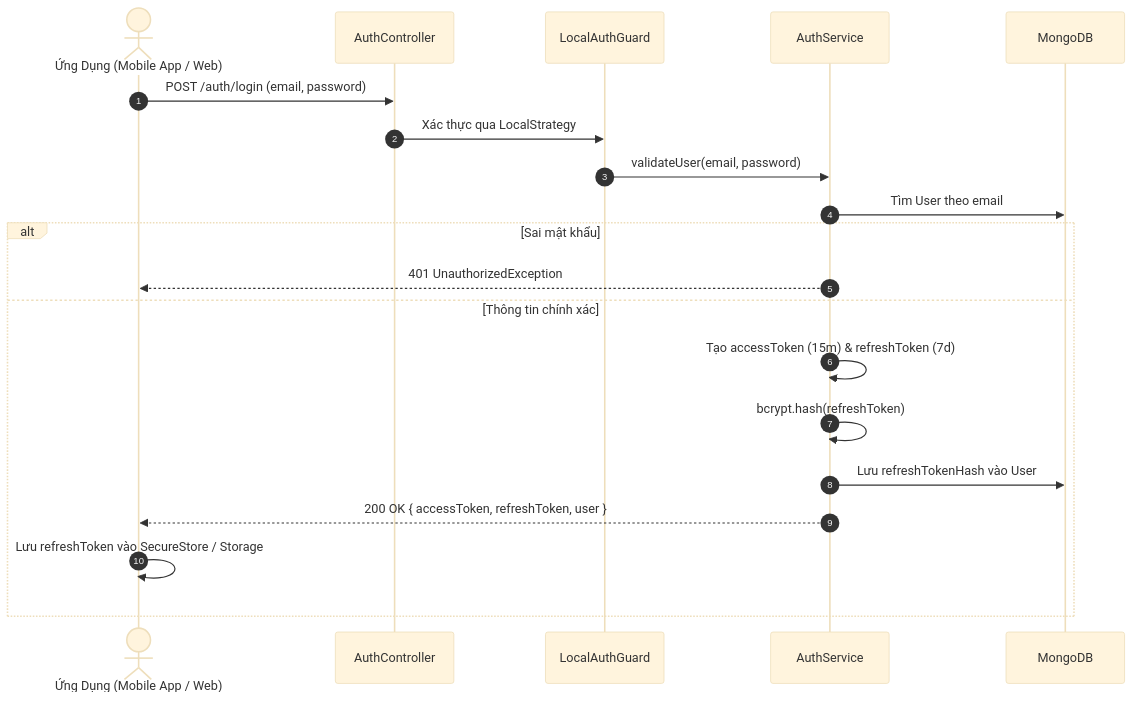
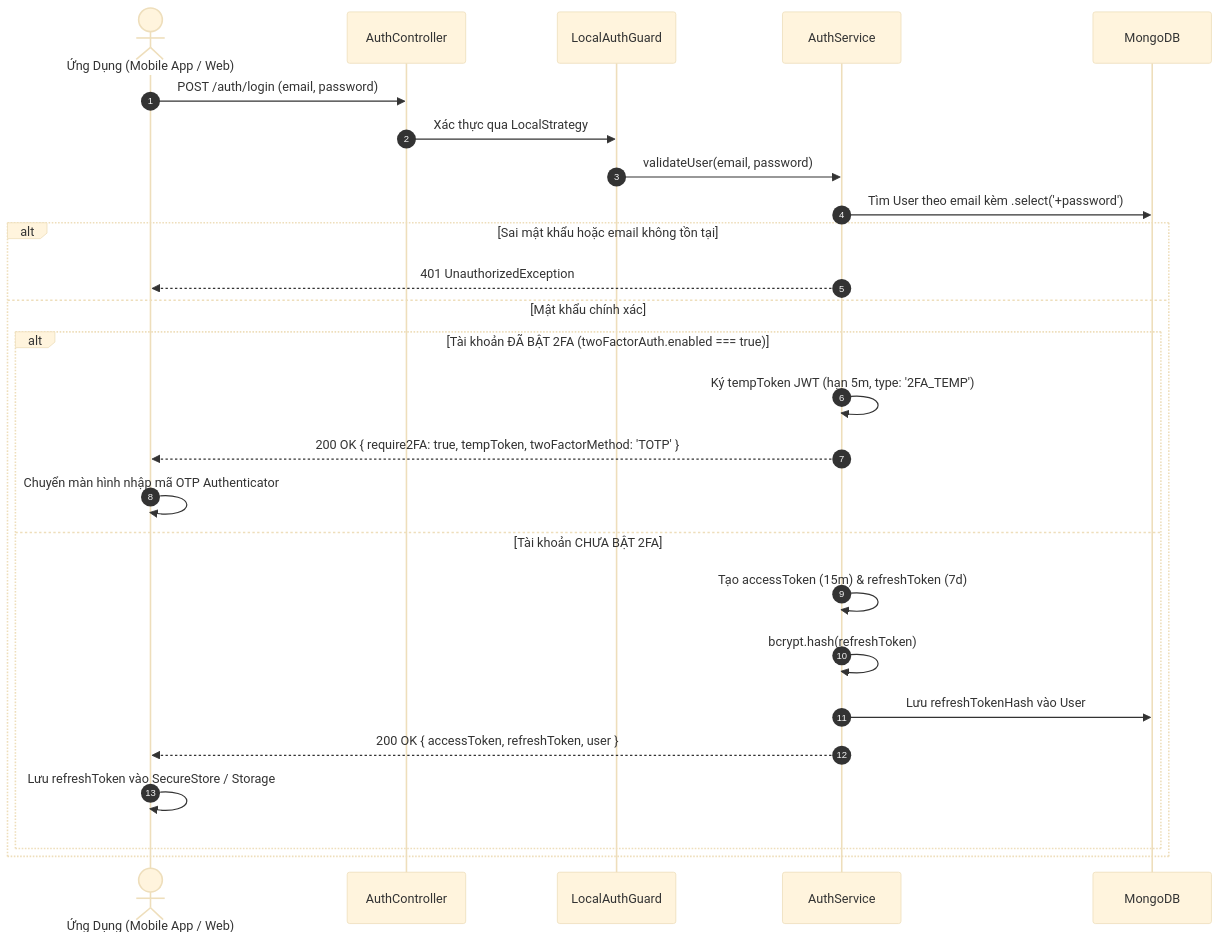
Before and after one commit to xuanphat0505/smart-locker-server: the first of 5 diagrams in src/auth/auth.md, drawn with Mermaid (base theme). The commit also changed other lines of this file and 15 other files, not shown here.

Commit message:
feat(auth): add TOTP 2FA support with recovery codes (#14)

````diff
--- a/src/auth/auth.md
+++ b/src/auth/auth.md
@@ -62,23 +63,29 @@
 ```mermaid
 sequenceDiagram
     autonumber
     actor Client as Ứng Dụng (Mobile App / Web)
     participant AuthCtrl as AuthController
     participant LocalGuard as LocalAuthGuard
     participant AuthSvc as AuthService
     participant DB as MongoDB
 
     Client->>AuthCtrl: POST /auth/login (email, password)
     AuthCtrl->>LocalGuard: Xác thực qua LocalStrategy
     LocalGuard->>AuthSvc: validateUser(email, password)
-    AuthSvc->>DB: Tìm User theo email
-    alt Sai mật khẩu
+    AuthSvc->>DB: Tìm User theo email kèm .select('+password')
+    alt Sai mật khẩu hoặc email không tồn tại
         AuthSvc-->>Client: 401 UnauthorizedException
-    else Thông tin chính xác
-        AuthSvc->>AuthSvc: Tạo accessToken (15m) & refreshToken (7d)
-        AuthSvc->>AuthSvc: bcrypt.hash(refreshToken)
-        AuthSvc->>DB: Lưu refreshTokenHash vào User
-        AuthSvc-->>Client: 200 OK { accessToken, refreshToken, user }
-        Client->>Client: Lưu refreshToken vào SecureStore / Storage
+    else Mật khẩu chính xác
+        alt Tài khoản ĐÃ BẬT 2FA (twoFactorAuth.enabled === true)
+            AuthSvc->>AuthSvc: Ký tempToken JWT (hạn 5m, type: '2FA_TEMP')
+            AuthSvc-->>Client: 200 OK { require2FA: true, tempToken, twoFactorMethod: 'TOTP' }
+            Client->>Client: Chuyển màn hình nhập mã OTP Authenticator
+        else Tài khoản CHƯA BẬT 2FA
+            AuthSvc->>AuthSvc: Tạo accessToken (15m) & refreshToken (7d)
+            AuthSvc->>AuthSvc: bcrypt.hash(refreshToken)
+            AuthSvc->>DB: Lưu refreshTokenHash vào User
+            AuthSvc-->>Client: 200 OK { accessToken, refreshToken, user }
+            Client->>Client: Lưu refreshToken vào SecureStore / Storage
+        end
     end
 ```
````
